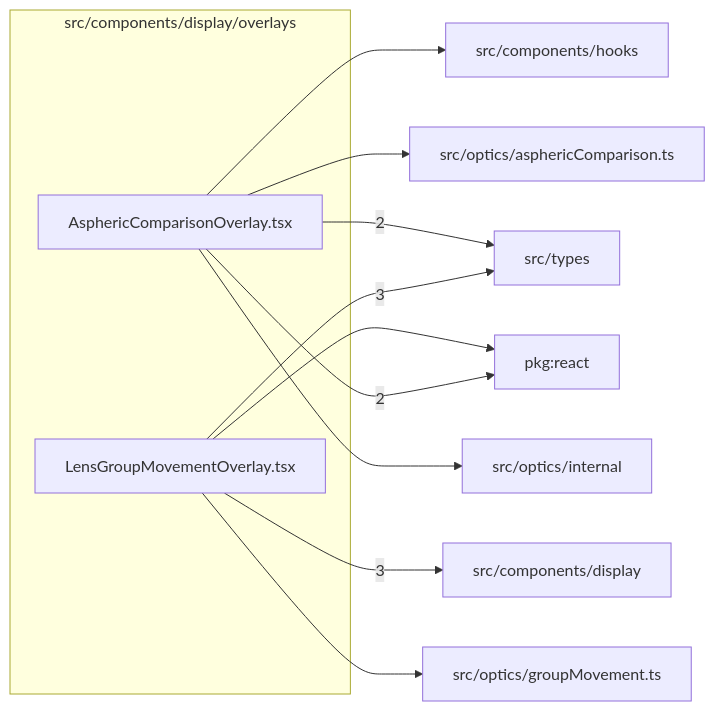
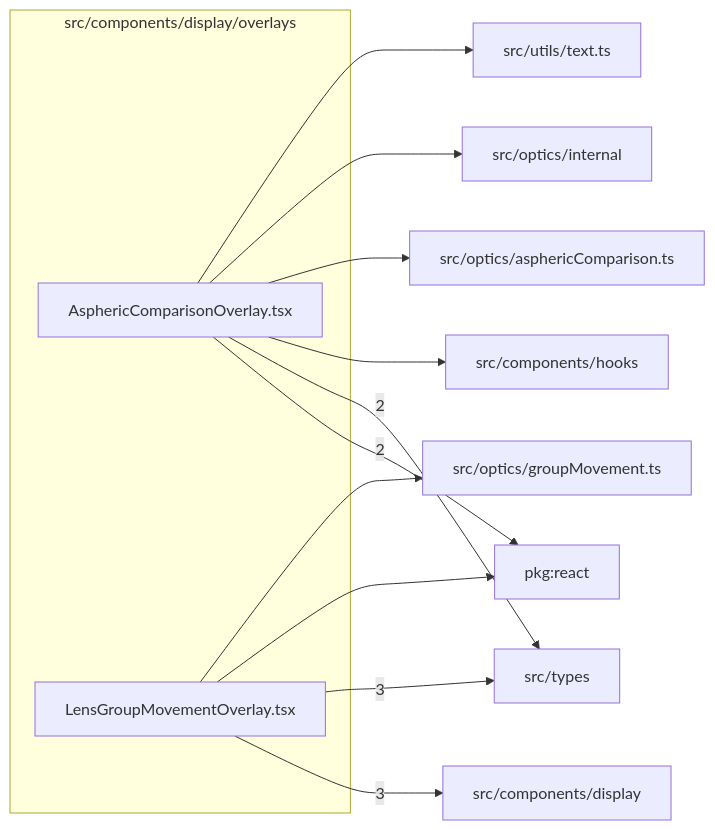
Before and after one commit to ronbuening/LensVisualizer: the diagram in src/components/display/overlays/readme.md, drawn with Mermaid. The commit also changed other lines of this file and 99 other files, not shown here.

Commit message:
Extend translation-safe text ownership across display views

````diff
--- a/src/components/display/overlays/readme.md
+++ b/src/components/display/overlays/readme.md
@@ -9,23 +9,25 @@
 ```mermaid
 flowchart LR
   subgraph n_src_components_display_overlays["src/components/display/overlays"]
     n_src_components_display_overlays_src_components_display_overlays_AsphericComparisonOverlay_tsx["AsphericComparisonOverlay.tsx"]
     n_src_components_display_overlays_src_components_display_overlays_LensGroupMovementOverlay_tsx["LensGroupMovementOverlay.tsx"]
   end
   n_external_src_components_display["src/components/display"]
   n_external_src_types["src/types"]
   n_external_pkg_react["pkg:react"]
   n_external_src_components_hooks["src/components/hooks"]
   n_external_src_optics_asphericComparison_ts["src/optics/asphericComparison.ts"]
   n_external_src_optics_groupMovement_ts["src/optics/groupMovement.ts"]
   n_external_src_optics_internal["src/optics/internal"]
+  n_external_src_utils_text_ts["src/utils/text.ts"]
   n_src_components_display_overlays_src_components_display_overlays_LensGroupMovementOverlay_tsx --> |3| n_external_src_components_display
   n_src_components_display_overlays_src_components_display_overlays_LensGroupMovementOverlay_tsx --> |3| n_external_src_types
   n_src_components_display_overlays_src_components_display_overlays_AsphericComparisonOverlay_tsx --> |2| n_external_pkg_react
   n_src_components_display_overlays_src_components_display_overlays_AsphericComparisonOverlay_tsx --> |2| n_external_src_types
   n_src_components_display_overlays_src_components_display_overlays_LensGroupMovementOverlay_tsx --> n_external_pkg_react
   n_src_components_display_overlays_src_components_display_overlays_AsphericComparisonOverlay_tsx --> n_external_src_components_hooks
   n_src_components_display_overlays_src_components_display_overlays_AsphericComparisonOverlay_tsx --> n_external_src_optics_asphericComparison_ts
   n_src_components_display_overlays_src_components_display_overlays_LensGroupMovementOverlay_tsx --> n_external_src_optics_groupMovement_ts
   n_src_components_display_overlays_src_components_display_overlays_AsphericComparisonOverlay_tsx --> n_external_src_optics_internal
+  n_src_components_display_overlays_src_components_display_overlays_AsphericComparisonOverlay_tsx --> n_external_src_utils_text_ts
 ```
````
